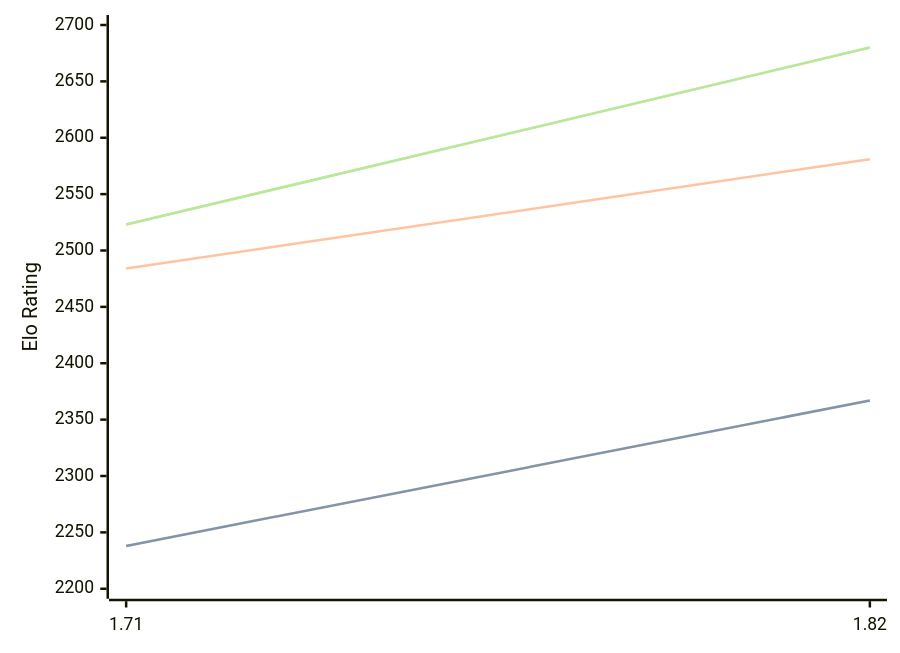
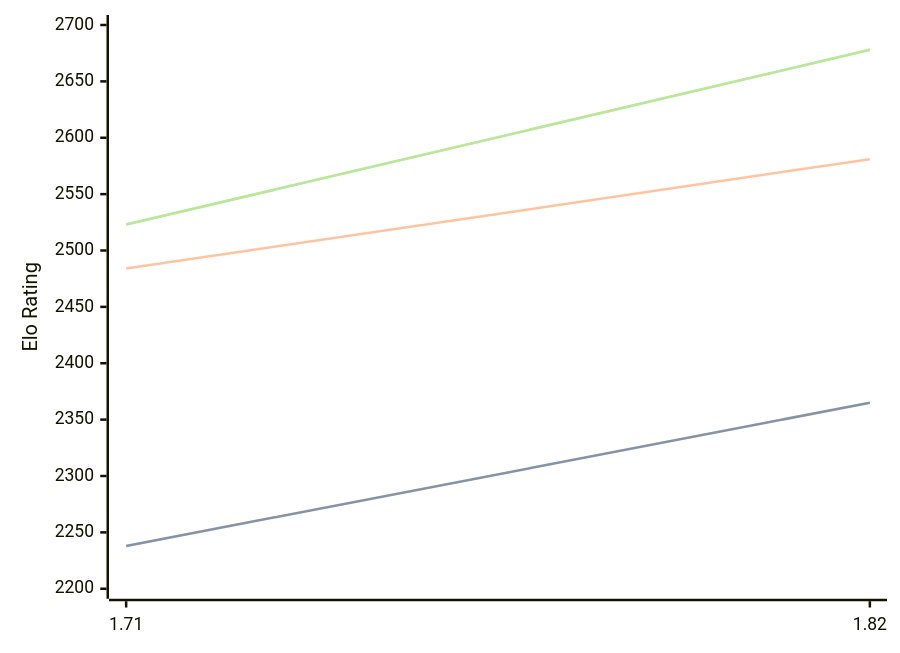
The diagram in engines/Amira.md (computer-chess-index/cci), drawn with Mermaid before and after one commit. The commit also changed other lines of this file, not shown here.

Commit message:
Update CCI Ratings (ELO VLTC) - 2026-03-01

````diff
--- a/engines/Amira.md
+++ b/engines/Amira.md
@@ -33,11 +33,11 @@
 ```mermaid
 %%{init: {"theme":"base","themeVariables":{"seriesColors:['#a3a3a3','#222221','#faa371']}}}%%
 xychart-beta
   x-axis ["1.71", "1.82"]
   y-axis "Elo Rating" 2200 --> 2700
-  line "STC (8.0+0.08s)" [2238, 2367]
-  line "STC (8.0+0.08s)" [2238, 2367]
+  line "STC (8.0+0.08s)" [2238, 2365]
+  line "STC (8.0+0.08s)" [2238, 2365]
   line "LTC (60.0+0.60s)" [2484, 2581]
-  line "VLTC (2m24s+1.12s)" [2523, 2680]
-  line "VLTC (2m24s+1.12s)" [2523, 2680]
+  line "VLTC (2m24s+1.12s)" [2523, 2678]
+  line "VLTC (2m24s+1.12s)" [2523, 2678]
 ```
````
